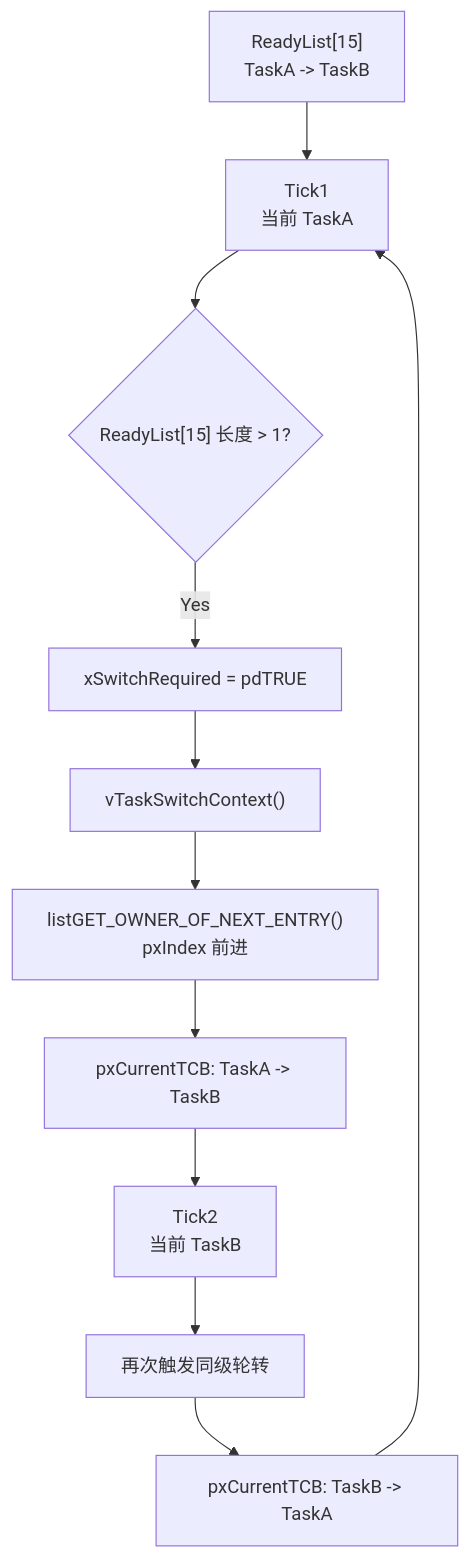
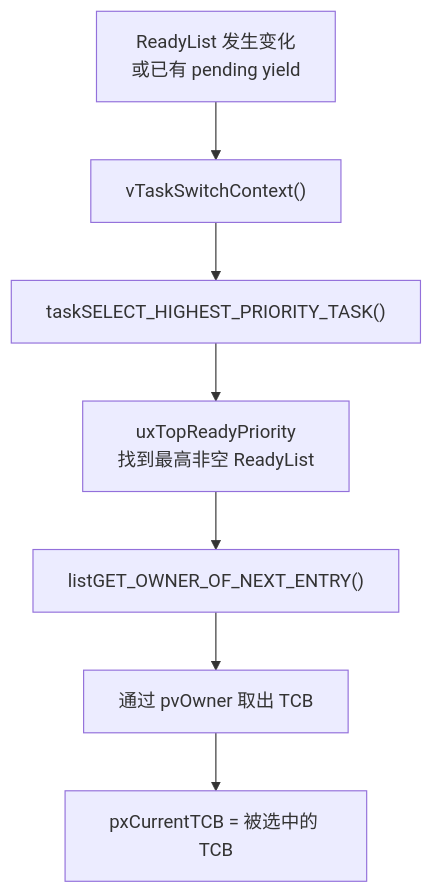
One commit to redamacy/embedded-system-notes changed the seventh of 9 diagrams in RTOS/003_FreeRTOS_Scheduler_ReadyList_Deep_Dive.md. Above: the diagram before and after it, drawn with Mermaid. The commit also changed other lines of this file, not shown here.

````diff
--- a/RTOS/003_FreeRTOS_Scheduler_ReadyList_Deep_Dive.md
+++ b/RTOS/003_FreeRTOS_Scheduler_ReadyList_Deep_Dive.md
@@ -1109,13 +883,9 @@
 ```mermaid
 flowchart TD
-    A["ReadyList[15]<br/>TaskA -> TaskB"] --> B["Tick1<br/>当前 TaskA"]
-    B --> C{"ReadyList[15] 长度 > 1?"}
-    C -- "Yes" --> D["xSwitchRequired = pdTRUE"]
-    D --> E["vTaskSwitchContext()"]
-    E --> F["listGET_OWNER_OF_NEXT_ENTRY()<br/>pxIndex 前进"]
-    F --> G["pxCurrentTCB: TaskA -> TaskB"]
-    G --> H["Tick2<br/>当前 TaskB"]
-    H --> I["再次触发同级轮转"]
-    I --> J["pxCurrentTCB: TaskB -> TaskA"]
-    J --> B
+    A["ReadyList 发生变化<br/>或已有 pending yield"] --> B["vTaskSwitchContext()"]
+    B --> C["taskSELECT_HIGHEST_PRIORITY_TASK()"]
+    C --> D["uxTopReadyPriority<br/>找到最高非空 ReadyList"]
+    D --> E["listGET_OWNER_OF_NEXT_ENTRY()"]
+    E --> F["通过 pvOwner 取出 TCB"]
+    F --> G["pxCurrentTCB = 被选中的 TCB"]
 ```
````
